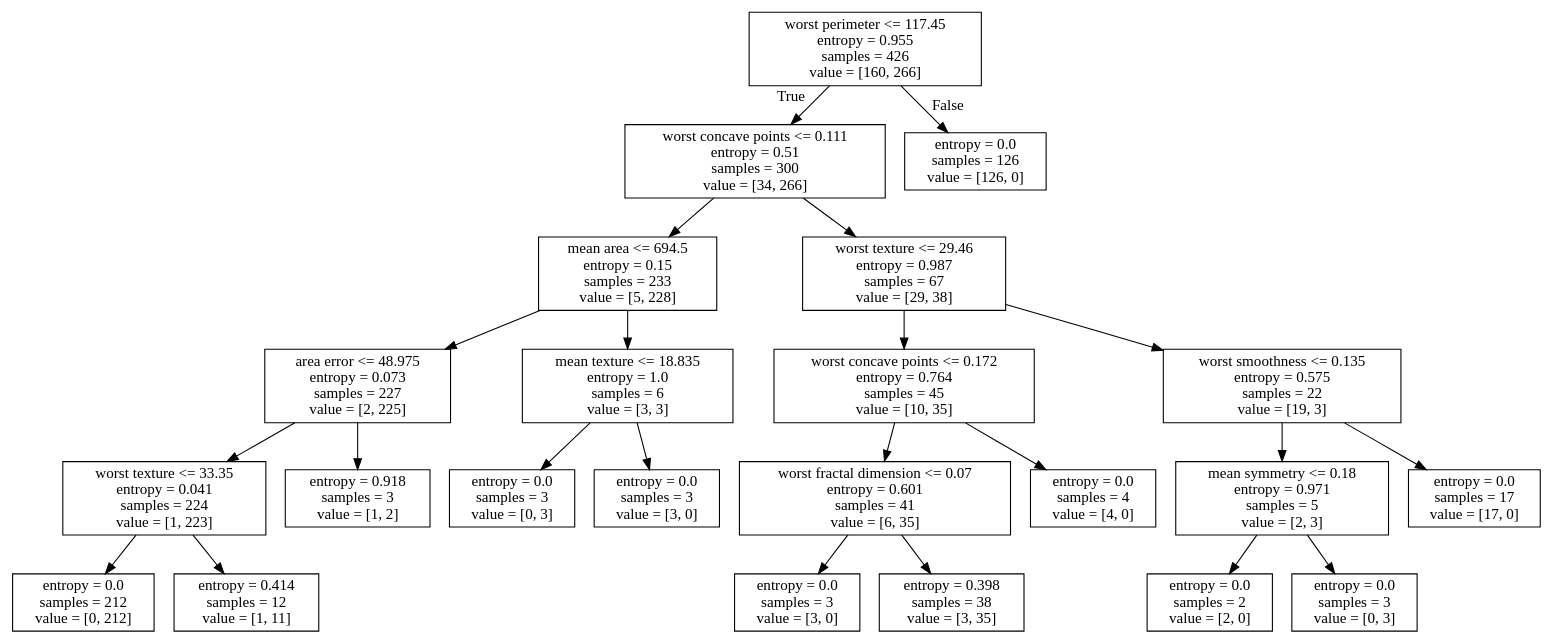
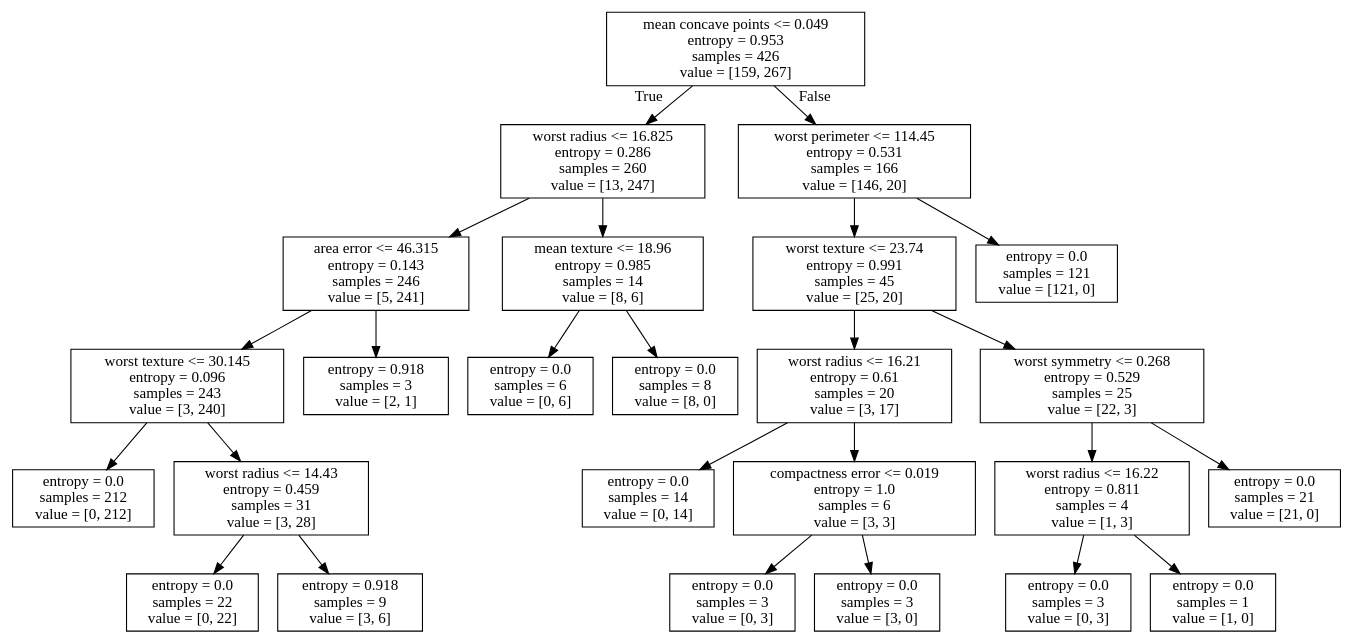
One commit to gomljo/DecisionTreeForPaper changed the diagram in result/scikit-learn dot/breast cancer result-second.dot. Above: the diagram before and after it, drawn with Graphviz. The commit also changed 38 other files, not shown here.

```diff
--- a/result/scikit-learn dot/breast cancer result-second.dot
+++ b/result/scikit-learn dot/breast cancer result-second.dot
@@ -1,48 +1,52 @@
 digraph Tree {
 node [shape=box] ;
-0 [label="worst perimeter <= 117.45\nentropy = 0.955\nsamples = 426\nvalue = [160, 266]"] ;
-1 [label="worst concave points <= 0.111\nentropy = 0.51\nsamples = 300\nvalue = [34, 266]"] ;
+0 [label="mean concave points <= 0.049\nentropy = 0.953\nsamples = 426\nvalue = [159, 267]"] ;
+1 [label="worst radius <= 16.825\nentropy = 0.286\nsamples = 260\nvalue = [13, 247]"] ;
 0 -> 1 [labeldistance=2.5, labelangle=45, headlabel="True"] ;
-2 [label="mean area <= 694.5\nentropy = 0.15\nsamples = 233\nvalue = [5, 228]"] ;
+2 [label="area error <= 46.315\nentropy = 0.143\nsamples = 246\nvalue = [5, 241]"] ;
 1 -> 2 ;
-3 [label="area error <= 48.975\nentropy = 0.073\nsamples = 227\nvalue = [2, 225]"] ;
+3 [label="worst texture <= 30.145\nentropy = 0.096\nsamples = 243\nvalue = [3, 240]"] ;
 2 -> 3 ;
-4 [label="worst texture <= 33.35\nentropy = 0.041\nsamples = 224\nvalue = [1, 223]"] ;
+4 [label="entropy = 0.0\nsamples = 212\nvalue = [0, 212]"] ;
 3 -> 4 ;
-5 [label="entropy = 0.0\nsamples = 212\nvalue = [0, 212]"] ;
-4 -> 5 ;
-6 [label="entropy = 0.414\nsamples = 12\nvalue = [1, 11]"] ;
-4 -> 6 ;
-7 [label="entropy = 0.918\nsamples = 3\nvalue = [1, 2]"] ;
-3 -> 7 ;
-8 [label="mean texture <= 18.835\nentropy = 1.0\nsamples = 6\nvalue = [3, 3]"] ;
+5 [label="worst radius <= 14.43\nentropy = 0.459\nsamples = 31\nvalue = [3, 28]"] ;
+3 -> 5 ;
+6 [label="entropy = 0.0\nsamples = 22\nvalue = [0, 22]"] ;
+5 -> 6 ;
+7 [label="entropy = 0.918\nsamples = 9\nvalue = [3, 6]"] ;
+5 -> 7 ;
+8 [label="entropy = 0.918\nsamples = 3\nvalue = [2, 1]"] ;
 2 -> 8 ;
-9 [label="entropy = 0.0\nsamples = 3\nvalue = [0, 3]"] ;
-8 -> 9 ;
-10 [label="entropy = 0.0\nsamples = 3\nvalue = [3, 0]"] ;
-8 -> 10 ;
-11 [label="worst texture <= 29.46\nentropy = 0.987\nsamples = 67\nvalue = [29, 38]"] ;
-1 -> 11 ;
-12 [label="worst concave points <= 0.172\nentropy = 0.764\nsamples = 45\nvalue = [10, 35]"] ;
-11 -> 12 ;
-13 [label="worst fractal dimension <= 0.07\nentropy = 0.601\nsamples = 41\nvalue = [6, 35]"] ;
+9 [label="mean texture <= 18.96\nentropy = 0.985\nsamples = 14\nvalue = [8, 6]"] ;
+1 -> 9 ;
+10 [label="entropy = 0.0\nsamples = 6\nvalue = [0, 6]"] ;
+9 -> 10 ;
+11 [label="entropy = 0.0\nsamples = 8\nvalue = [8, 0]"] ;
+9 -> 11 ;
+12 [label="worst perimeter <= 114.45\nentropy = 0.531\nsamples = 166\nvalue = [146, 20]"] ;
+0 -> 12 [labeldistance=2.5, labelangle=-45, headlabel="False"] ;
+13 [label="worst texture <= 23.74\nentropy = 0.991\nsamples = 45\nvalue = [25, 20]"] ;
 12 -> 13 ;
-14 [label="entropy = 0.0\nsamples = 3\nvalue = [3, 0]"] ;
+14 [label="worst radius <= 16.21\nentropy = 0.61\nsamples = 20\nvalue = [3, 17]"] ;
 13 -> 14 ;
-15 [label="entropy = 0.398\nsamples = 38\nvalue = [3, 35]"] ;
-13 -> 15 ;
-16 [label="entropy = 0.0\nsamples = 4\nvalue = [4, 0]"] ;
-12 -> 16 ;
-17 [label="worst smoothness <= 0.135\nentropy = 0.575\nsamples = 22\nvalue = [19, 3]"] ;
-11 -> 17 ;
-18 [label="mean symmetry <= 0.18\nentropy = 0.971\nsamples = 5\nvalue = [2, 3]"] ;
-17 -> 18 ;
-19 [label="entropy = 0.0\nsamples = 2\nvalue = [2, 0]"] ;
-18 -> 19 ;
-20 [label="entropy = 0.0\nsamples = 3\nvalue = [0, 3]"] ;
-18 -> 20 ;
-21 [label="entropy = 0.0\nsamples = 17\nvalue = [17, 0]"] ;
-17 -> 21 ;
-22 [label="entropy = 0.0\nsamples = 126\nvalue = [126, 0]"] ;
-0 -> 22 [labeldistance=2.5, labelangle=-45, headlabel="False"] ;
+15 [label="entropy = 0.0\nsamples = 14\nvalue = [0, 14]"] ;
+14 -> 15 ;
+16 [label="compactness error <= 0.019\nentropy = 1.0\nsamples = 6\nvalue = [3, 3]"] ;
+14 -> 16 ;
+17 [label="entropy = 0.0\nsamples = 3\nvalue = [0, 3]"] ;
+16 -> 17 ;
+18 [label="entropy = 0.0\nsamples = 3\nvalue = [3, 0]"] ;
+16 -> 18 ;
+19 [label="worst symmetry <= 0.268\nentropy = 0.529\nsamples = 25\nvalue = [22, 3]"] ;
+13 -> 19 ;
+20 [label="worst radius <= 16.22\nentropy = 0.811\nsamples = 4\nvalue = [1, 3]"] ;
+19 -> 20 ;
+21 [label="entropy = 0.0\nsamples = 3\nvalue = [0, 3]"] ;
+20 -> 21 ;
+22 [label="entropy = 0.0\nsamples = 1\nvalue = [1, 0]"] ;
+20 -> 22 ;
+23 [label="entropy = 0.0\nsamples = 21\nvalue = [21, 0]"] ;
+19 -> 23 ;
+24 [label="entropy = 0.0\nsamples = 121\nvalue = [121, 0]"] ;
+12 -> 24 ;
 }
```
